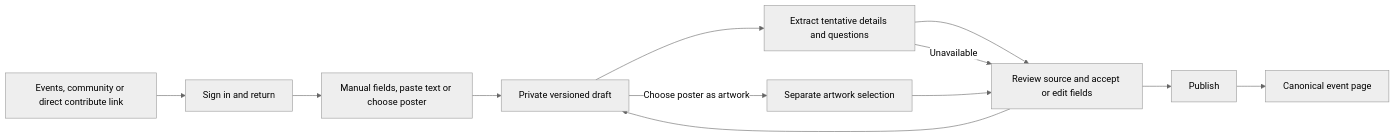
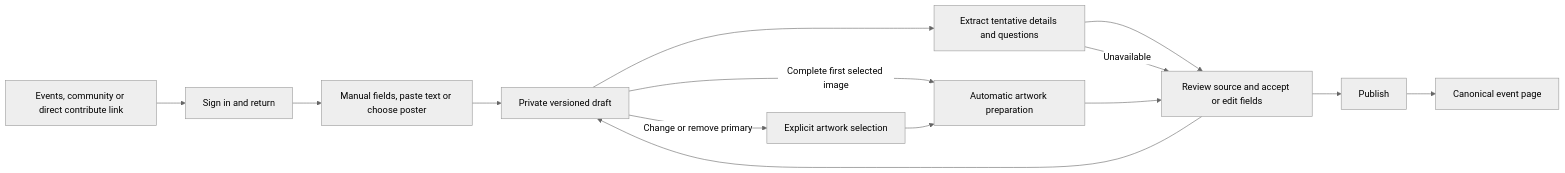
The diagram in docs/backend/event-intake-sources.md (BASIC-BIT/VRDex), drawn with Mermaid (neutral theme) before and after one commit. The commit also changed other lines of this file and 17 other files, not shown here.

Commit message:
Prepare first event poster artwork on upload completion

````diff
--- a/docs/backend/event-intake-sources.md
+++ b/docs/backend/event-intake-sources.md
@@ -71,14 +88,16 @@
 ```mermaid
 flowchart LR
   A[Events, community or direct contribute link] --> B[Sign in and return]
   B --> C[Manual fields, paste text or choose poster]
   C --> D[Private versioned draft]
   D --> E[Extract tentative details and questions]
   E --> F[Review source and accept or edit fields]
   E -->|Unavailable| F
-  D -->|Choose poster as artwork| G[Separate artwork selection]
+  D -->|Complete first selected image| G[Automatic artwork preparation]
+  D -->|Change or remove primary| J[Explicit artwork selection]
+  J --> G
   G --> F
   F --> D
   F --> H[Publish]
   H --> I[Canonical event page]
 ```
````
